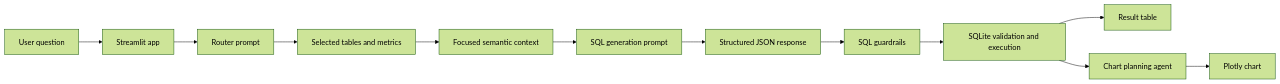
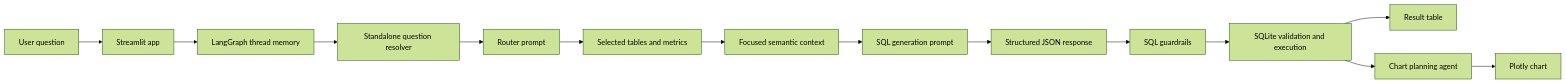
Before and after one commit to Ravi-chandera/semantic_layer_for_nl_to_sql: the diagram in README.md, drawn with Mermaid (forest theme). The commit also changed other lines of this file and 3 other files, not shown here.

First line of the commit message:
Enhance conversation memory handling and SQL generation in NL-to-SQL pipeline

````diff
--- a/README.md
+++ b/README.md
@@ -5,14 +5,16 @@
 ```mermaid
 flowchart LR
     A["User question"] --> B["Streamlit app"]
-    B --> C["Router prompt"]
-    C --> D["Selected tables and metrics"]
-    D --> E["Focused semantic context"]
-    E --> F["SQL generation prompt"]
-    F --> G["Structured JSON response"]
-    G --> H["SQL guardrails"]
-    H --> I["SQLite validation and execution"]
-    I --> J["Result table"]
-    I --> K["Chart planning agent"]
-    K --> L["Plotly chart"]
+    B --> C["LangGraph thread memory"]
+    C --> D["Standalone question resolver"]
+    D --> E["Router prompt"]
+    E --> F["Selected tables and metrics"]
+    F --> G["Focused semantic context"]
+    G --> H["SQL generation prompt"]
+    H --> I["Structured JSON response"]
+    I --> J["SQL guardrails"]
+    J --> K["SQLite validation and execution"]
+    K --> L["Result table"]
+    K --> M["Chart planning agent"]
+    M --> N["Plotly chart"]
 ```
````
